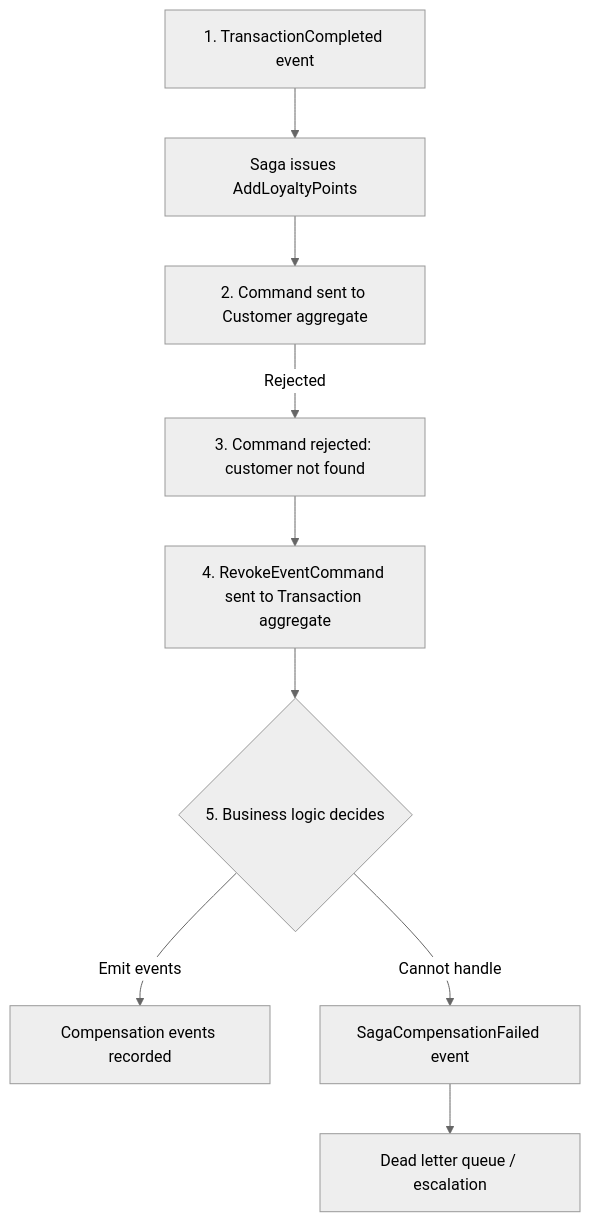
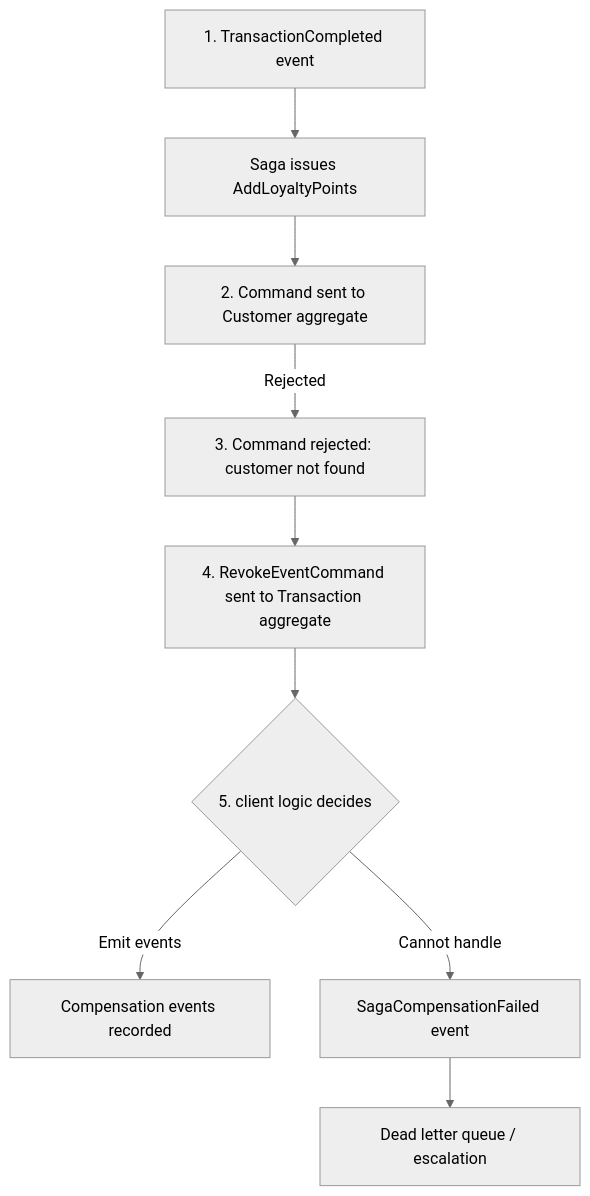
One commit to benjaminabbitt/angzarr changed the fourth of 5 diagrams in docs/components/saga/sagas.md. Above: the diagram before and after it, drawn with Mermaid (neutral theme). The commit also changed other lines of this file and 122 other files, not shown here.

````diff
--- a/docs/components/saga/sagas.md
+++ b/docs/components/saga/sagas.md
@@ -504,11 +504,11 @@
 ```mermaid
 flowchart TD
     E1[1. TransactionCompleted event] --> S[Saga issues AddLoyaltyPoints]
     S --> C[2. Command sent to Customer aggregate]
     C -->|Rejected| R[3. Command rejected: customer not found]
     R --> Rev[4. RevokeEventCommand sent to Transaction aggregate]
-    Rev --> BL{5. Business logic decides}
+    Rev --> BL{5. client logic decides}
     BL -->|Emit events| Comp[Compensation events recorded]
     BL -->|Cannot handle| Fall[SagaCompensationFailed event]
     Fall --> DLQ[Dead letter queue / escalation]
 ```
````
